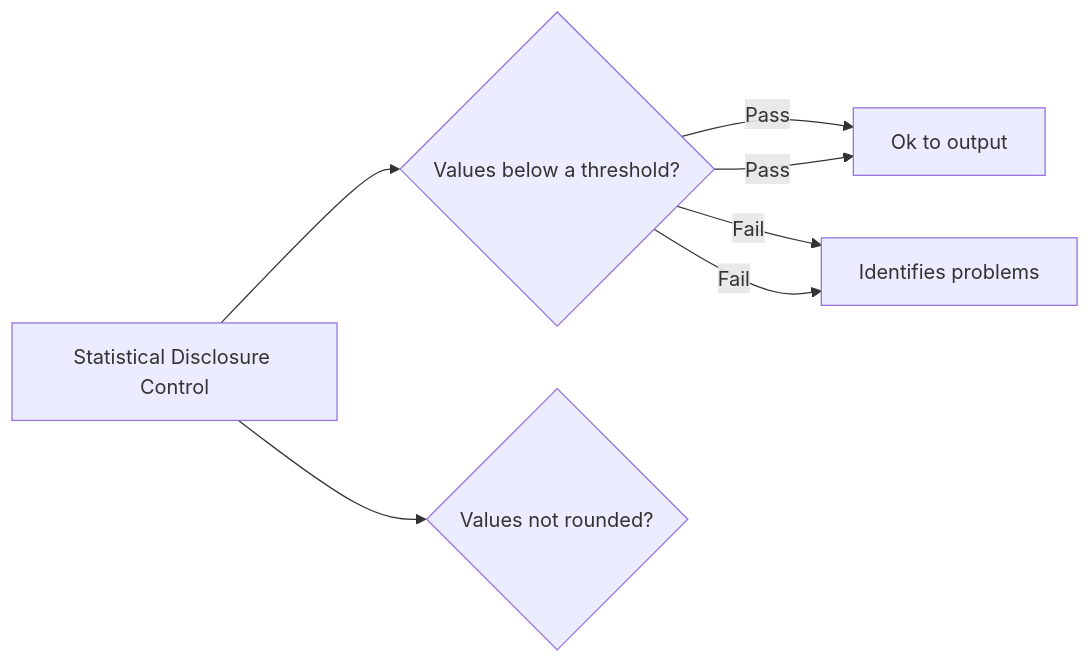
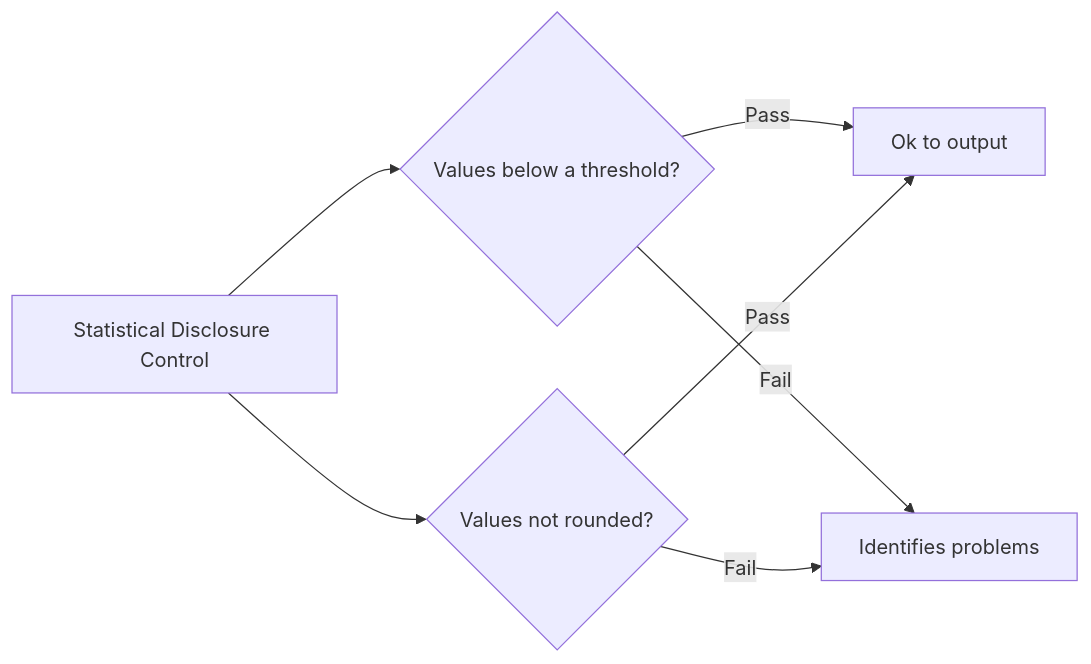
Before and after one commit to SamHollings/output_checker: the diagram in README.md, drawn with Mermaid.

Commit message:
Update README.md
Fixed error in diagram

````diff
--- a/README.md
+++ b/README.md
@@ -8,9 +8,9 @@
 ```mermaid
 graph LR
     A[Statistical Disclosure Control] --> B{Values below a threshold?};
     A --> C{Values not rounded?};
     B -->|Pass| D[Ok to output];
     B -->|Fail| E[Identifies problems];
-    B -->|Pass| D[Ok to output];
-    B -->|Fail| E[Identifies problems];
+    C -->|Pass| D[Ok to output];
+    C -->|Fail| E[Identifies problems];
 ```
````
